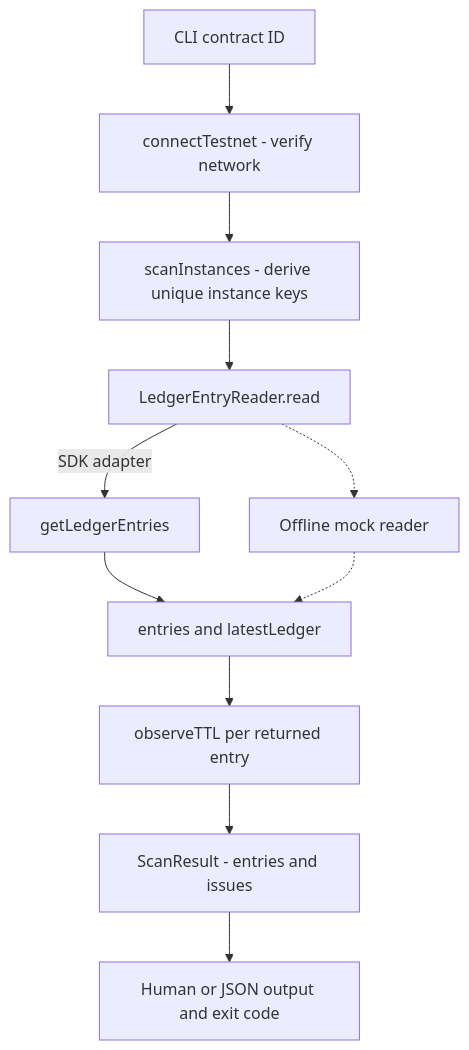
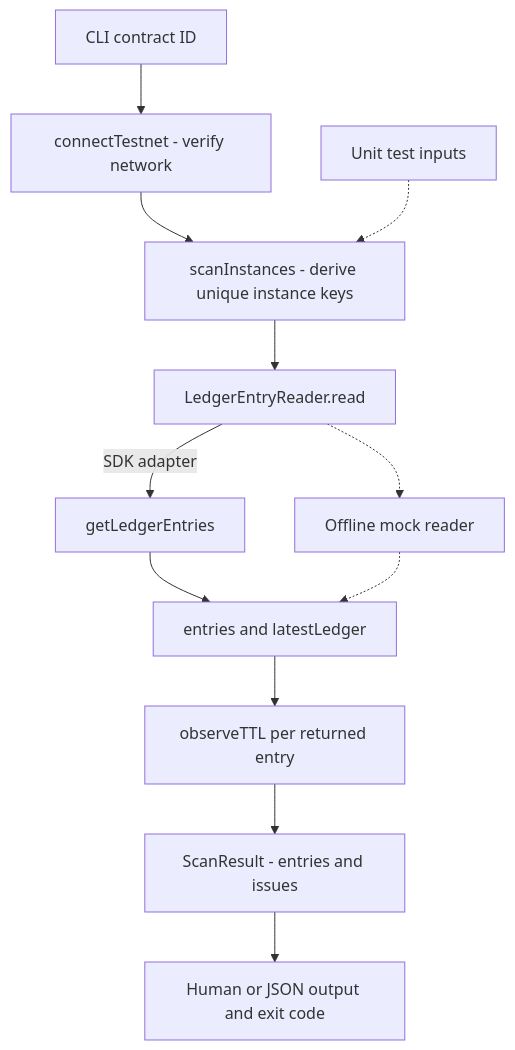
The second of 3 diagrams in docs/ARCHITECTURE.md (Fatihmaull/evergreen), drawn with Mermaid before and after one commit. The commit also changed other lines of this file and 2 other files, not shown here.

Commit message:
docs(repo): document current and planned data flows [W1-D6-02]

````diff
--- a/docs/ARCHITECTURE.md
+++ b/docs/ARCHITECTURE.md
@@ -128,13 +128,14 @@
 ```mermaid
 flowchart TD
     Input[CLI contract ID] --> Guard[connectTestnet - verify network]
     Guard --> Scan[scanInstances - derive unique instance keys]
+    Tests[Unit test inputs] -.-> Scan
     Scan --> Read[LedgerEntryReader.read]
     Read -->|SDK adapter| RPC[getLedgerEntries]
     Read -.-> Mock[Offline mock reader]
     RPC --> Observation[entries and latestLedger]
     Mock -.-> Observation
     Observation --> TTL[observeTTL per returned entry]
     TTL --> Result[ScanResult - entries and issues]
     Result --> Output[Human or JSON output and exit code]
 ```
````
